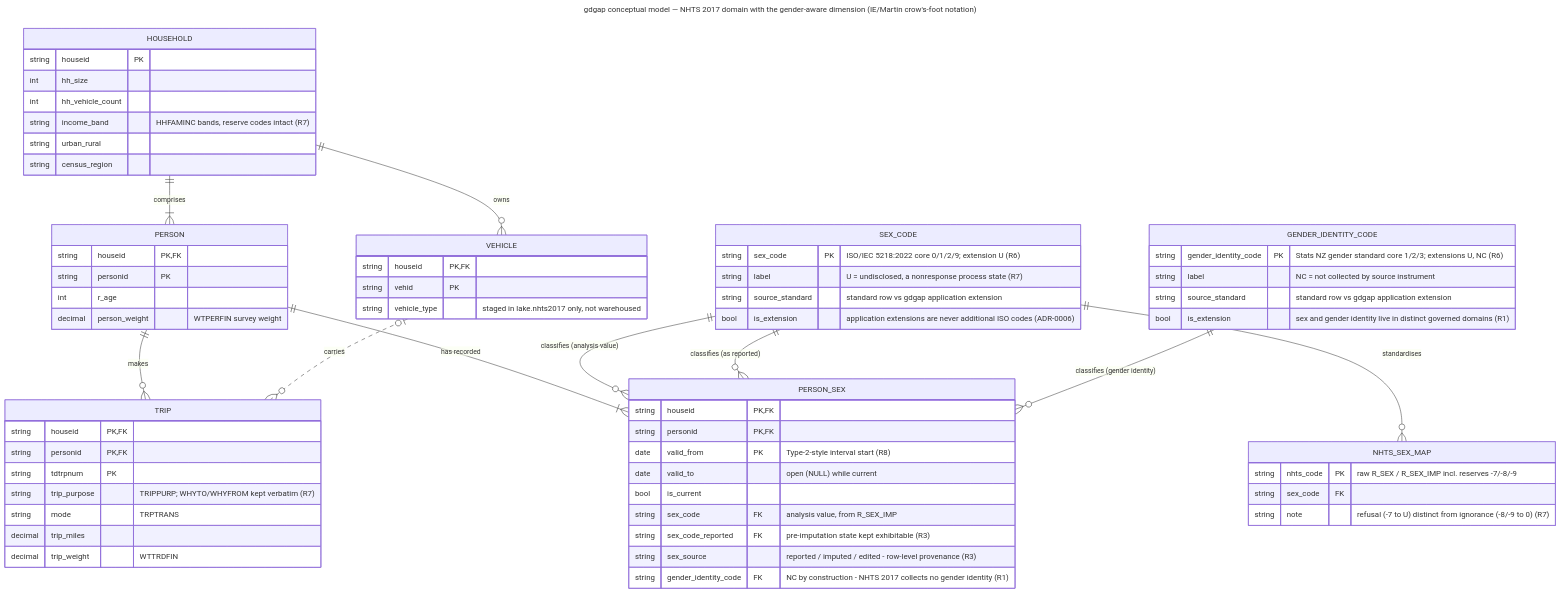
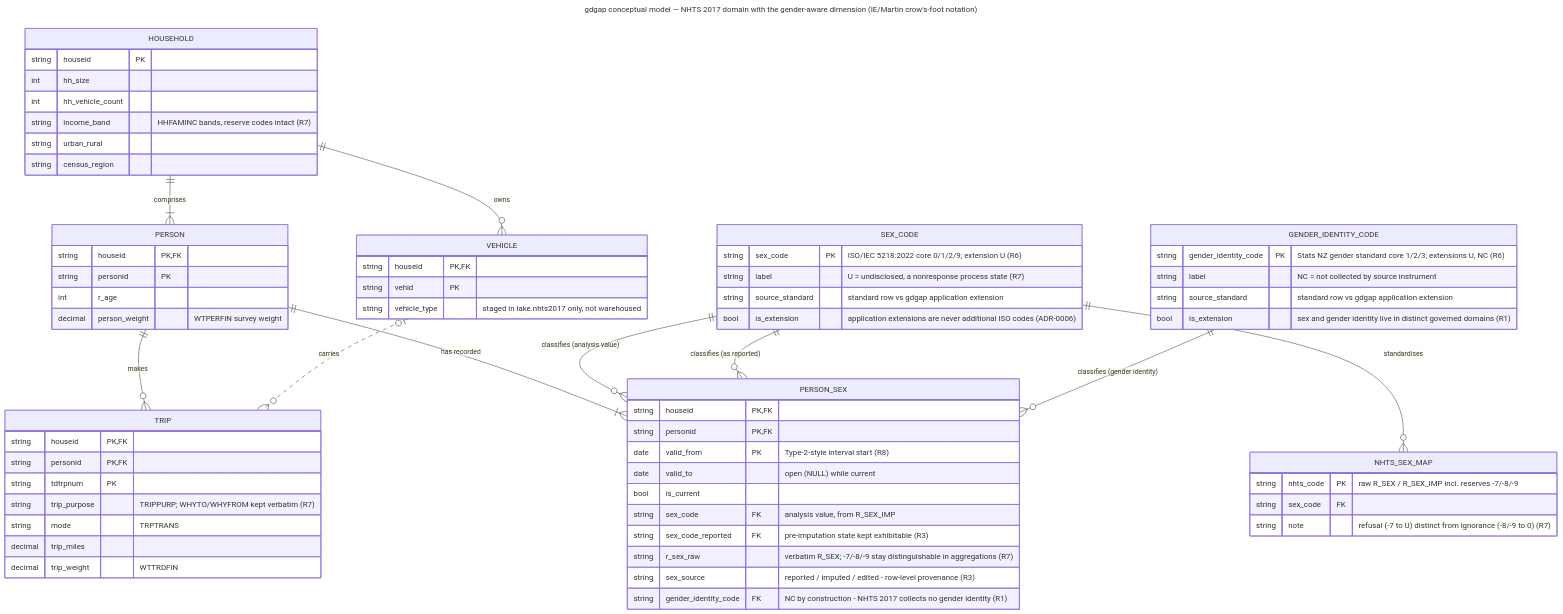
One commit to jurdabos/gdgap changed the diagram in docs/model/conceptual.mmd. Above: the diagram before and after it, drawn with Mermaid. The commit also changed 7 other files, not shown here.

Commit message:
feat: introduce new r_sex_raw col carrying R_SEX verbatim, record diagnosis in adr-0007

```diff
--- a/docs/model/conceptual.mmd
+++ b/docs/model/conceptual.mmd
@@ -1,93 +1,94 @@
 ---
 title: "gdgap conceptual model — NHTS 2017 domain with the gender-aware dimension (IE/Martin crow's-foot notation)"
 ---
 %% The W2 artifact (thesis 3.3, objective E): conceptual/logical model of the reference design.
 %% Notation: Information Engineering (James Martin) crow's foot, as rendered by Mermaid erDiagram.
 %% Grounding: entity sets per the FHWA codebook (Chen reading in thesis 3.2); aware-variant
 %% constructs per sql/ddl/aware/01..06; the blind baseline (sql/ddl/blind/) is this diagram
 %% minus SEX_CODE, GENDER_IDENTITY_CODE, NHTS_SEX_MAP and PERSON_SEX — the measured contrast (R11).
 %% Traceability: R1/R6 code lists (sex; gender identity in distinct governed domains, ADR-0006);
 %% R7 reserve-code mapping; R3 provenance; R8 Type-2-style validity;
 %% R2 disaggregation via the PERSON join path, never via a copied sex column on TRIP.
 %% DDL mapping: HOUSEHOLD=lake.nhts2017.hhpub, PERSON=perpub/aware.fact_person,
 %% VEHICLE=vehpub (staged only, not warehoused), TRIP=trippub/aware.fact_trip,
 %% SEX_CODE=aware.dim_sex_code, GENDER_IDENTITY_CODE=aware.dim_gender_identity_code,
 %% NHTS_SEX_MAP=aware.map_nhts_sex, PERSON_SEX=aware.dim_person_sex.
 %% Render pin: @mermaid-js/mermaid-cli (mmdc) 11.12.0 —
 %% mmdc -i docs/model/conceptual.mmd -o docs/model/conceptual.png -b white -s 4
 erDiagram
     HOUSEHOLD ||--|{ PERSON : comprises
     HOUSEHOLD ||--o{ VEHICLE : owns
     PERSON ||--o{ TRIP : makes
     VEHICLE |o..o{ TRIP : carries
     PERSON ||--|{ PERSON_SEX : "has recorded"
     SEX_CODE ||--o{ PERSON_SEX : "classifies (analysis value)"
     SEX_CODE ||--o{ PERSON_SEX : "classifies (as reported)"
     GENDER_IDENTITY_CODE ||--o{ PERSON_SEX : "classifies (gender identity)"
     SEX_CODE ||--o{ NHTS_SEX_MAP : standardises
 
     HOUSEHOLD {
         string houseid PK
         int hh_size
         int hh_vehicle_count
         string income_band "HHFAMINC bands, reserve codes intact (R7)"
         string urban_rural
         string census_region
     }
 
     PERSON {
         string houseid PK, FK
         string personid PK
         int r_age
         decimal person_weight "WTPERFIN survey weight"
     }
     %% Deliberately carrying no sex attribute on PERSON or TRIP: disaggregation
     %% arrives through the PERSON_SEX dimension join (R2), not a copied column.
 
     VEHICLE {
         string houseid PK, FK
         string vehid PK
         string vehicle_type "staged in lake.nhts2017 only, not warehoused"
     }
 
     TRIP {
         string houseid PK, FK
         string personid PK, FK
         string tdtrpnum PK
         string trip_purpose "TRIPPURP; WHYTO/WHYFROM kept verbatim (R7)"
         string mode "TRPTRANS"
         decimal trip_miles
         decimal trip_weight "WTTRDFIN"
     }
 
     SEX_CODE {
         string sex_code PK "ISO/IEC 5218:2022 core 0/1/2/9; extension U (R6)"
         string label "U = undisclosed, a nonresponse process state (R7)"
         string source_standard "standard row vs gdgap application extension"
         bool is_extension "application extensions are never additional ISO codes (ADR-0006)"
     }
 
     GENDER_IDENTITY_CODE {
         string gender_identity_code PK "Stats NZ gender standard core 1/2/3; extensions U, NC (R6)"
         string label "NC = not collected by source instrument"
         string source_standard "standard row vs gdgap application extension"
         bool is_extension "sex and gender identity live in distinct governed domains (R1)"
     }
 
     NHTS_SEX_MAP {
         string nhts_code PK "raw R_SEX / R_SEX_IMP incl. reserves -7/-8/-9"
         string sex_code FK
         string note "refusal (-7 to U) distinct from ignorance (-8/-9 to 0) (R7)"
     }
 
     PERSON_SEX {
         string houseid PK, FK
         string personid PK, FK
         date valid_from PK "Type-2-style interval start (R8)"
         date valid_to "open (NULL) while current"
         bool is_current
         string sex_code FK "analysis value, from R_SEX_IMP"
         string sex_code_reported FK "pre-imputation state kept exhibitable (R3)"
+        string r_sex_raw "verbatim R_SEX; -7/-8/-9 stay distinguishable in aggregations (R7)"
         string sex_source "reported / imputed / edited - row-level provenance (R3)"
         string gender_identity_code FK "NC by construction - NHTS 2017 collects no gender identity (R1)"
     }
```
